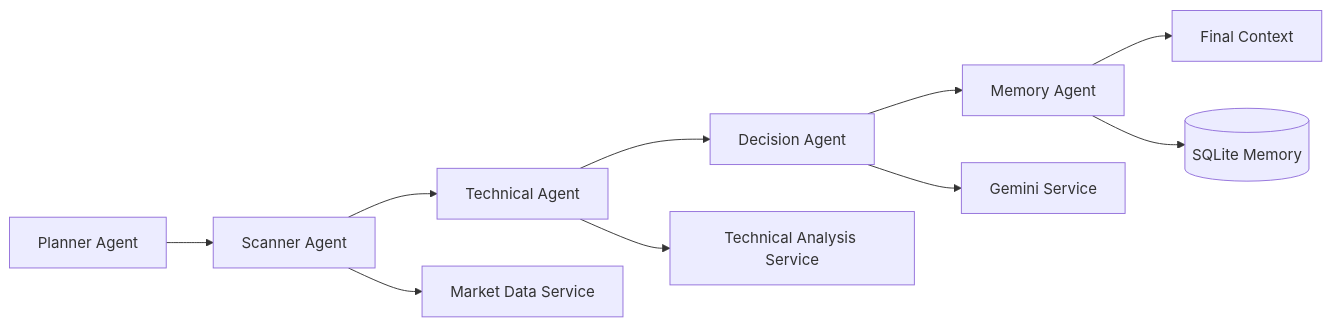
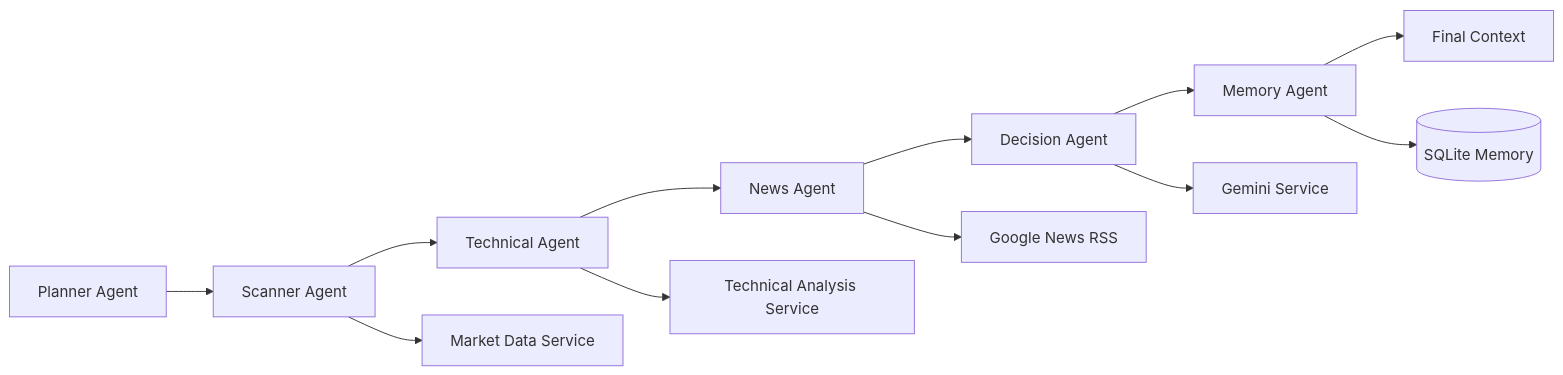
The first of 3 diagrams in README.md (BanKa-r3ddy/HDX-08), drawn with Mermaid before and after one commit. The commit also changed other lines of this file and 23 other files, not shown here.

````diff
--- a/README.md
+++ b/README.md
@@ -92,12 +92,14 @@
 ```mermaid
 flowchart LR
     P[Planner Agent] --> S[Scanner Agent]
     S --> T[Technical Agent]
-    T --> D[Decision Agent]
+    T --> N[News Agent]
+    N --> D[Decision Agent]
     D --> M[Memory Agent]
     M --> R[Final Context]
     S --> MD[Market Data Service]
     T --> TA[Technical Analysis Service]
+    N --> NS[Google News RSS]
     D --> G[Gemini Service]
     M --> DB[(SQLite Memory)]
 ```
````
